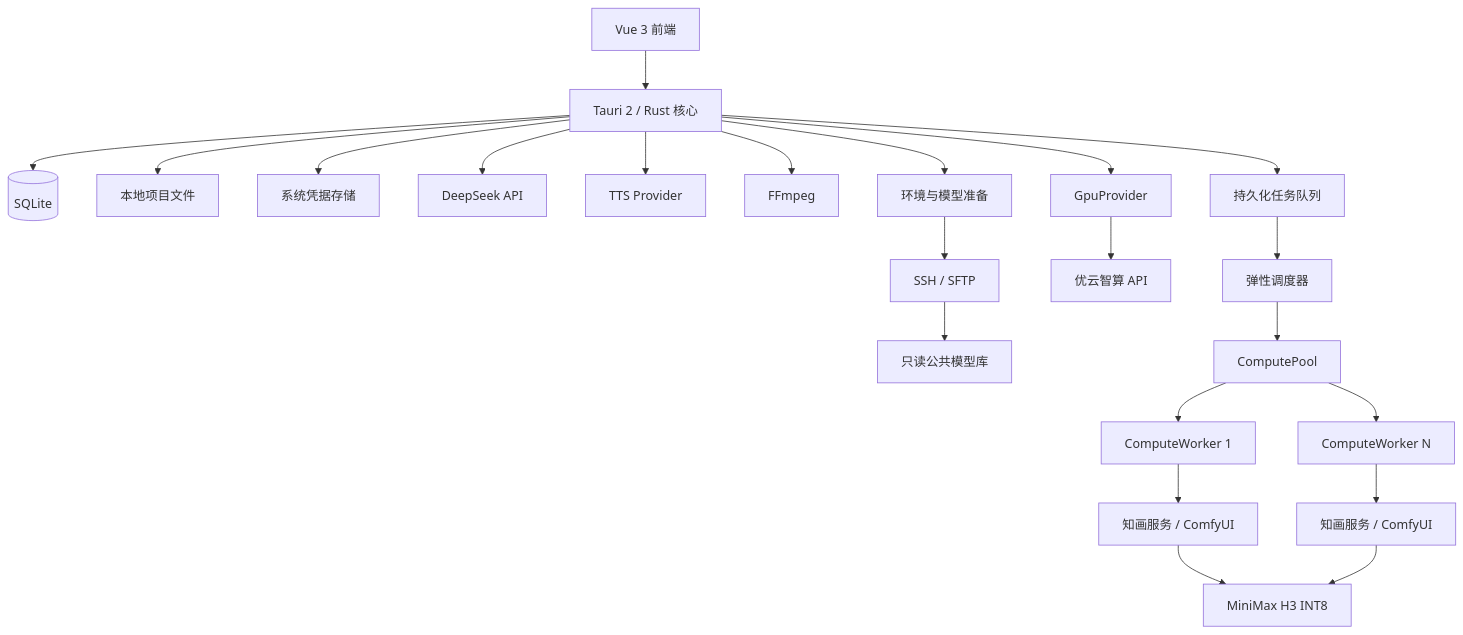
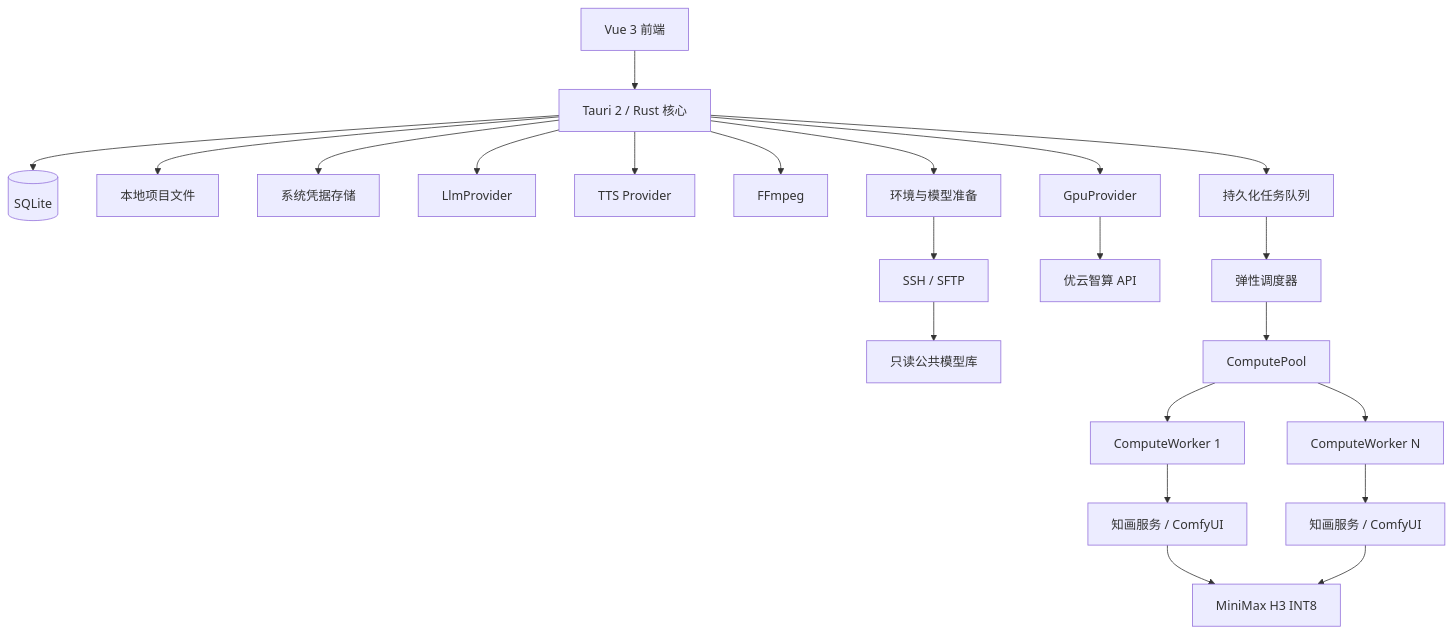
The fifth of 5 diagrams in MVP.md (woniu101/zhihua), drawn with Mermaid before and after one commit. The commit also changed other lines of this file and 20 other files, not shown here.

````diff
--- a/MVP.md
+++ b/MVP.md
@@ -638,24 +671,24 @@
 ```mermaid
 flowchart TB
     UI[Vue 3 前端] --> CORE[Tauri 2 / Rust 核心]
     CORE --> DB[(SQLite)]
     CORE --> FILES[本地项目文件]
     CORE --> KEYCHAIN[系统凭据存储]
-    CORE --> LLM[DeepSeek API]
+    CORE --> LLM[LlmProvider]
     CORE --> TTS[TTS Provider]
     CORE --> FFMPEG[FFmpeg]
     CORE --> JOBS[持久化任务队列]
     JOBS --> DISPATCH[弹性调度器]
     CORE --> GPU[GpuProvider]
     GPU --> CLOUD[优云智算 API]
     CORE --> PREP[环境与模型准备]
     PREP --> SSH[SSH / SFTP]
     SSH --> MODELS[只读公共模型库]
     DISPATCH --> POOL[ComputePool]
     POOL --> W1[ComputeWorker 1]
     POOL --> WN[ComputeWorker N]
     W1 --> COMFY1[知画服务 / ComfyUI]
     WN --> COMFYN[知画服务 / ComfyUI]
     COMFY1 --> H3[MiniMax H3 INT8]
     COMFYN --> H3
 ```
````
